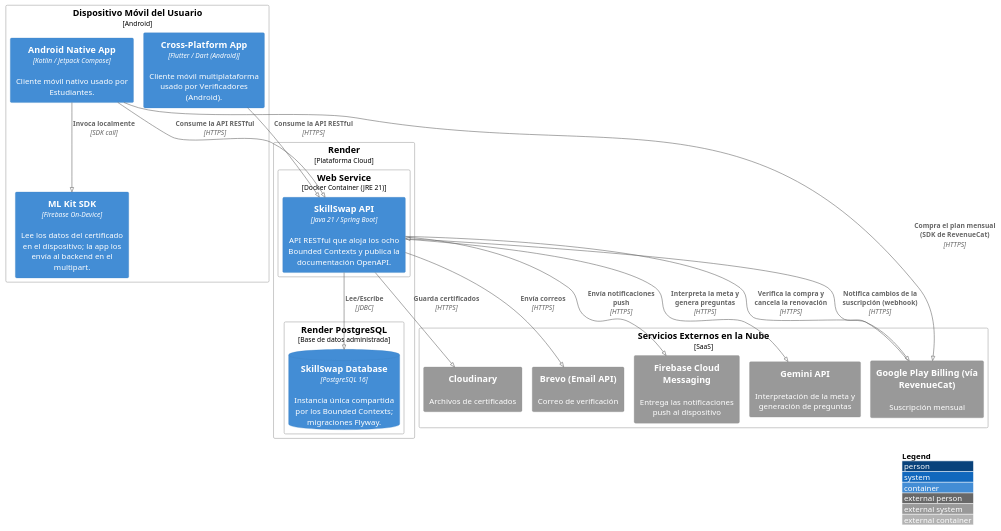
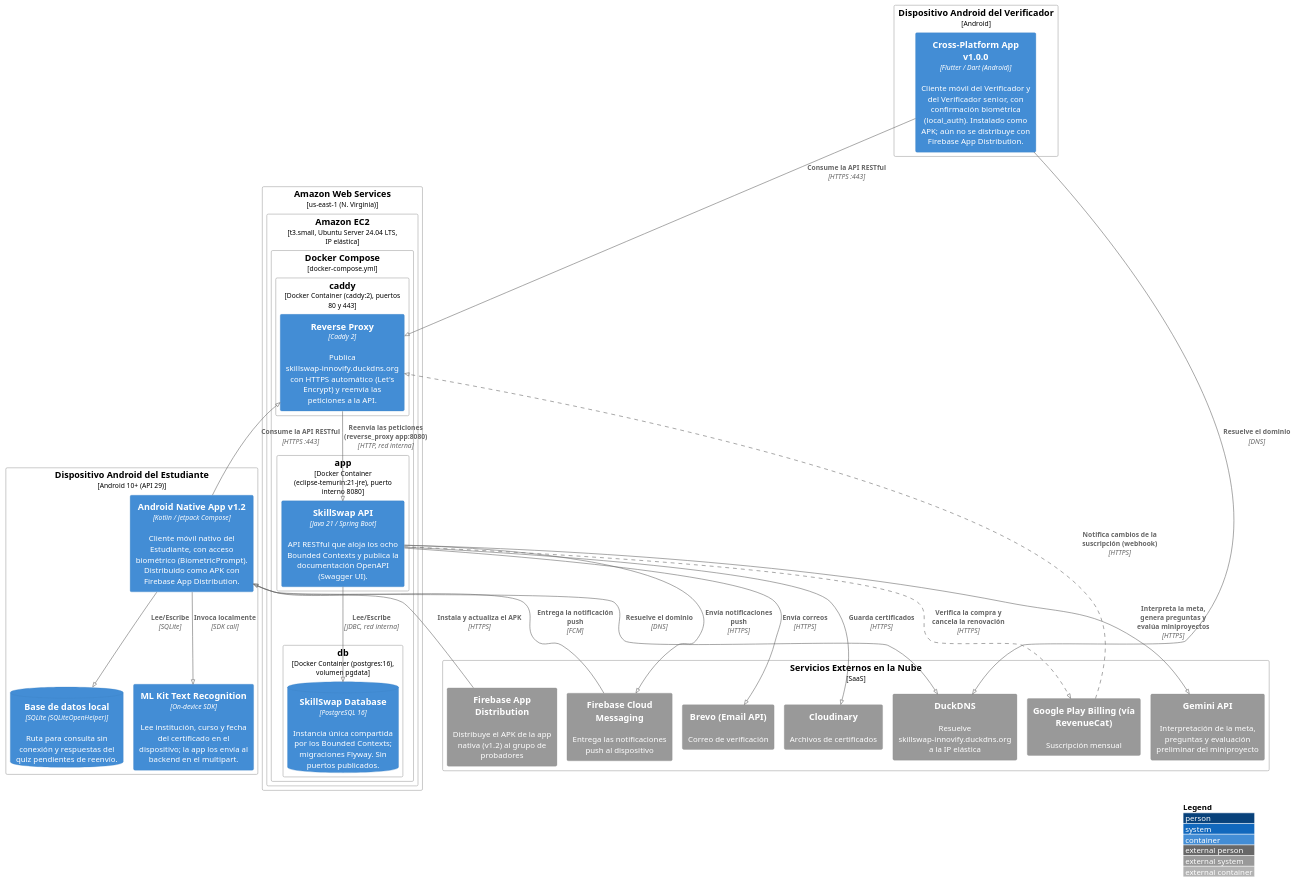
Before and after one commit to Aplicaciones-Dispositivos-Moviles/SkillSwap-ProjectReport: the diagram in DB&C4/Deployment Diagram.puml, drawn with PlantUML. The commit also changed 2 other files, not shown here.

Commit message:
docs(report): redraw the deployment diagram with the AWS architecture
Regenerate SkillSwapDeployment.svg (figures 74 and 122): EC2 t3.small with Docker Compose running Caddy, the Spring Boot API and PostgreSQL 16, native app v1.2 via Firebase App Distribution, Flutter app installed as APK, and the external services configured in the backend. Remove Render from the diagram and update section 2.5.3.3, the figure notes and the v.13.AV2 change log row.

```diff
--- a/DB&C4/Deployment Diagram.puml
+++ b/DB&C4/Deployment Diagram.puml
@@ -1,45 +1,65 @@
 @startuml SkillSwapDeployment
 !pragma layout smetana
-!include https://raw.githubusercontent.com/plantuml-stdlib/C4-PlantUML/master/C4_Deployment.puml
+!include <C4/C4_Deployment>
+
+AddRelTag("simulated", $lineStyle = DashedLine(), $legendText = "Integración preparada, cobro simulado (sin clave de producción)")
 
 LAYOUT_WITH_LEGEND()
 
-Deployment_Node(userDevice, "Dispositivo Móvil del Usuario", "Android"){
-    Container(androidApp, "Android Native App", "Kotlin / Jetpack Compose", "Cliente móvil nativo usado por Estudiantes.")
-    Container(flutterApp, "Cross-Platform App", "Flutter / Dart (Android)", "Cliente móvil multiplataforma usado por Verificadores (Android).")
-    Container(mlKitSdk, "ML Kit SDK", "Firebase On-Device", "Lee los datos del certificado en el dispositivo; la app los envía al backend en el multipart.")
+Deployment_Node(studentDevice, "Dispositivo Android del Estudiante", "Android 10+ (API 29)"){
+    Container(androidApp, "Android Native App v1.2", "Kotlin / Jetpack Compose", "Cliente móvil nativo del Estudiante, con acceso biométrico (BiometricPrompt). Distribuido como APK con Firebase App Distribution.")
+    Container(mlKitSdk, "ML Kit Text Recognition", "On-device SDK", "Lee institución, curso y fecha del certificado en el dispositivo; la app los envía al backend en el multipart.")
+    ContainerDb(studentLocalDb, "Base de datos local", "SQLite (SQLiteOpenHelper)", "Ruta para consulta sin conexión y respuestas del quiz pendientes de reenvío.")
 }
 
-Deployment_Node(cloudPlatform, "Render", "Plataforma Cloud"){
-    Deployment_Node(backendRuntime, "Web Service", "Docker Container (JRE 21)"){
-        Container(api, "SkillSwap API", "Java 21 / Spring Boot", "API RESTful que aloja los ocho Bounded Contexts y publica la documentación OpenAPI.")
-    }
-    Deployment_Node(dbServer, "Render PostgreSQL", "Base de datos administrada"){
-        ContainerDb(mainDB, "SkillSwap Database", "PostgreSQL 16", "Instancia única compartida por los Bounded Contexts; migraciones Flyway.")
+Deployment_Node(verifierDevice, "Dispositivo Android del Verificador", "Android"){
+    Container(flutterApp, "Cross-Platform App v1.0.0", "Flutter / Dart (Android)", "Cliente móvil del Verificador y del Verificador senior, con confirmación biométrica (local_auth). Instalado como APK; aún no se distribuye con Firebase App Distribution.")
+}
+
+Deployment_Node(aws, "Amazon Web Services", "us-east-1 (N. Virginia)"){
+    Deployment_Node(ec2, "Amazon EC2", "t3.small, Ubuntu Server 24.04 LTS, IP elástica"){
+        Deployment_Node(compose, "Docker Compose", "docker-compose.yml"){
+            Deployment_Node(caddyNode, "caddy", "Docker Container (caddy:2), puertos 80 y 443"){
+                Container(caddy, "Reverse Proxy", "Caddy 2", "Publica skillswap-innovify.duckdns.org con HTTPS automático (Let's Encrypt) y reenvía las peticiones a la API.")
+            }
+            Deployment_Node(appNode, "app", "Docker Container (eclipse-temurin:21-jre), puerto interno 8080"){
+                Container(api, "SkillSwap API", "Java 21 / Spring Boot", "API RESTful que aloja los ocho Bounded Contexts y publica la documentación OpenAPI (Swagger UI).")
+            }
+            Deployment_Node(dbNode, "db", "Docker Container (postgres:16), volumen pgdata"){
+                ContainerDb(mainDB, "SkillSwap Database", "PostgreSQL 16", "Instancia única compartida por los Bounded Contexts; migraciones Flyway. Sin puertos publicados.")
+            }
+        }
     }
 }
 
 Deployment_Node(externalCloud, "Servicios Externos en la Nube", "SaaS"){
+    System_Ext(duckDns, "DuckDNS", "Resuelve skillswap-innovify.duckdns.org a la IP elástica")
+    System_Ext(appDistribution, "Firebase App Distribution", "Distribuye el APK de la app nativa (v1.2) al grupo de probadores")
     System_Ext(cloudStorage, "Cloudinary", "Archivos de certificados")
     System_Ext(emailService, "Brevo (Email API)", "Correo de verificación")
     System_Ext(pushService, "Firebase Cloud Messaging", "Entrega las notificaciones push al dispositivo")
-    System_Ext(geminiApi, "Gemini API", "Interpretación de la meta y generación de preguntas")
+    System_Ext(geminiApi, "Gemini API", "Interpretación de la meta, preguntas y evaluación preliminar del miniproyecto")
     System_Ext(playBilling, "Google Play Billing (vía RevenueCat)", "Suscripción mensual")
 }
 
 Rel(androidApp, mlKitSdk, "Invoca localmente", "SDK call")
+Rel(androidApp, studentLocalDb, "Lee/Escribe", "SQLite")
+Rel(appDistribution, androidApp, "Instala y actualiza el APK", "HTTPS")
 
-Rel(androidApp, api, "Consume la API RESTful", "HTTPS")
-Rel(flutterApp, api, "Consume la API RESTful", "HTTPS")
+Rel(androidApp, duckDns, "Resuelve el dominio", "DNS")
+Rel(flutterApp, duckDns, "Resuelve el dominio", "DNS")
+Rel(androidApp, caddy, "Consume la API RESTful", "HTTPS :443")
+Rel(flutterApp, caddy, "Consume la API RESTful", "HTTPS :443")
 
-Rel(api, mainDB, "Lee/Escribe", "JDBC")
+Rel(caddy, api, "Reenvía las peticiones (reverse_proxy app:8080)", "HTTP, red interna")
+Rel(api, mainDB, "Lee/Escribe", "JDBC, red interna")
 
 Rel(api, cloudStorage, "Guarda certificados", "HTTPS")
 Rel(api, emailService, "Envía correos", "HTTPS")
 Rel(api, pushService, "Envía notificaciones push", "HTTPS")
-Rel(api, geminiApi, "Interpreta la meta y genera preguntas", "HTTPS")
-Rel(api, playBilling, "Verifica la compra y cancela la renovación", "HTTPS")
-Rel(playBilling, api, "Notifica cambios de la suscripción (webhook)", "HTTPS")
-Rel(androidApp, playBilling, "Compra el plan mensual (SDK de RevenueCat)", "HTTPS")
+Rel(pushService, androidApp, "Entrega la notificación push", "FCM")
+Rel(api, geminiApi, "Interpreta la meta, genera preguntas y evalúa miniproyectos", "HTTPS")
+Rel(api, playBilling, "Verifica la compra y cancela la renovación", "HTTPS", $tags = "simulated")
+Rel(playBilling, caddy, "Notifica cambios de la suscripción (webhook)", "HTTPS", $tags = "simulated")
 
 @enduml
```
